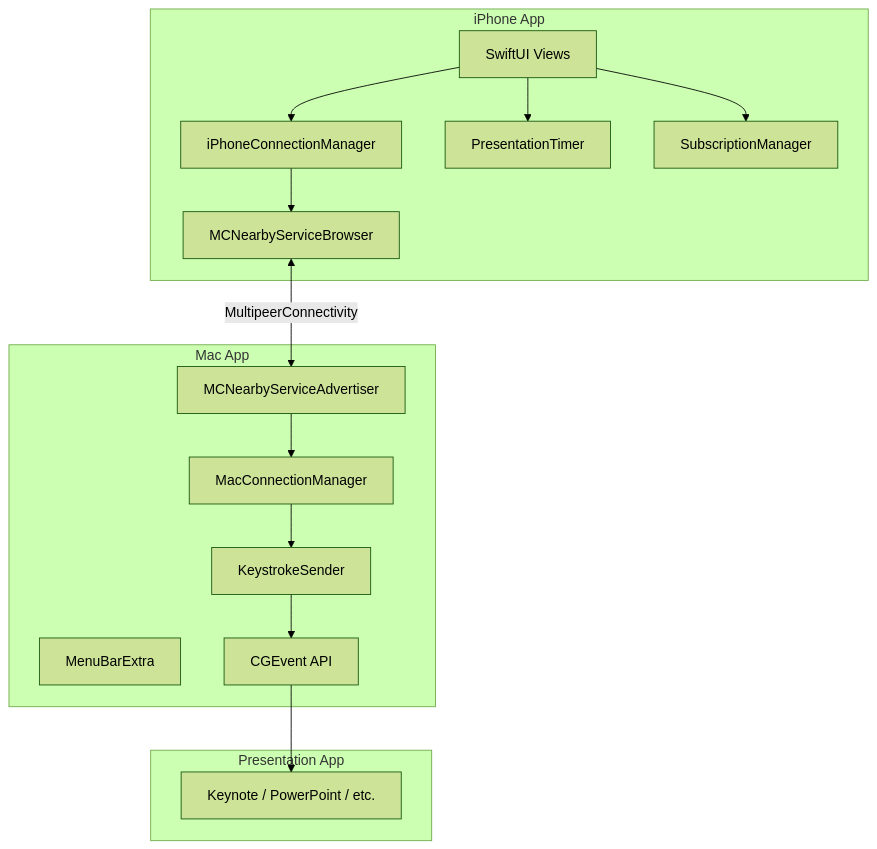
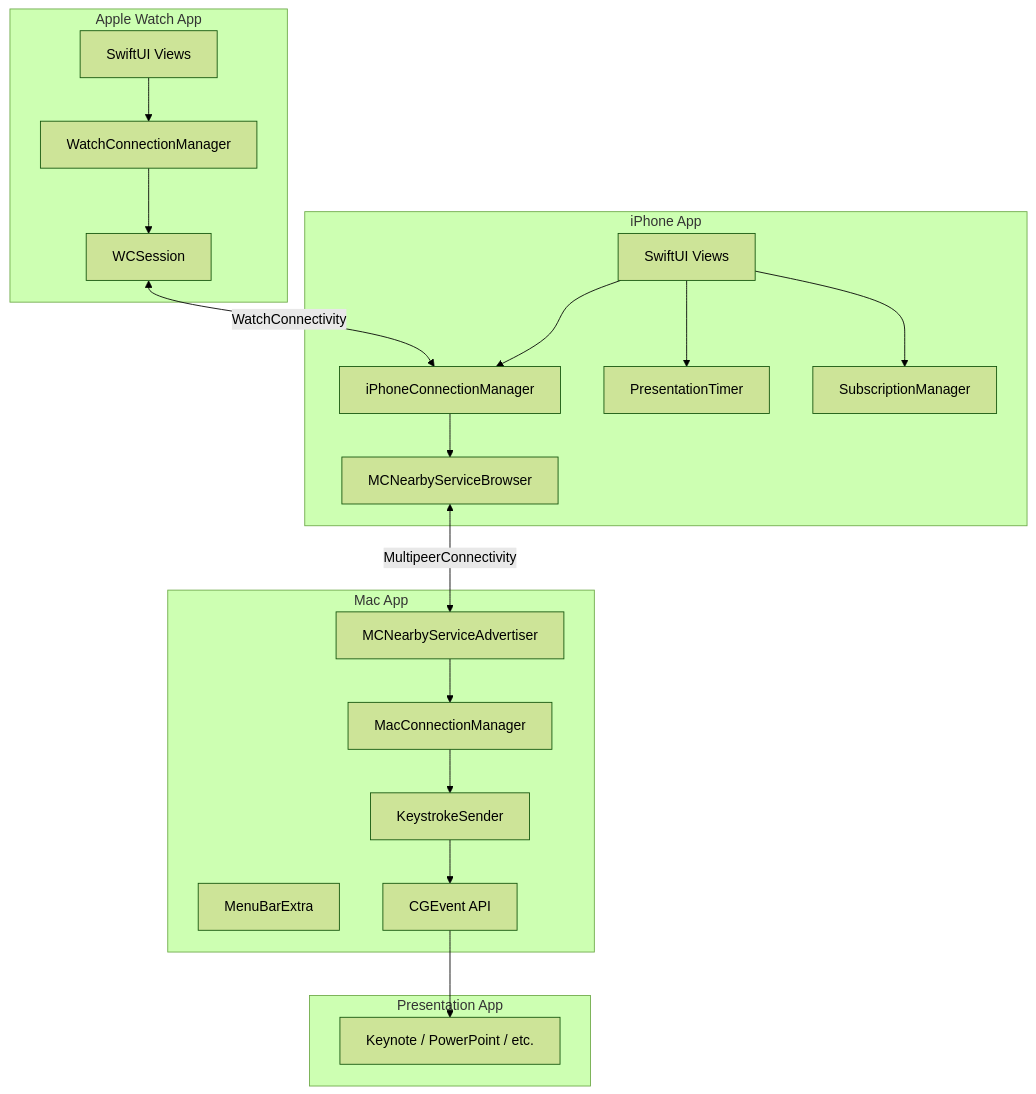
One commit to douinc/clicker changed the first of 4 diagrams in docs/development/architecture.md. Above: the diagram before and after it, drawn with Mermaid (forest theme). The commit also changed other lines of this file and 9 other files, not shown here.

````diff
--- a/docs/development/architecture.md
+++ b/docs/development/architecture.md
@@ -10,32 +11,41 @@
 ```mermaid
 flowchart TB
+    subgraph Watch["Apple Watch App"]
+        WUI[SwiftUI Views]
+        WCM[WatchConnectionManager]
+        WCS[WCSession]
+    end
+
     subgraph iPhone["iPhone App"]
         UI[SwiftUI Views]
         ICM[iPhoneConnectionManager]
         Browser[MCNearbyServiceBrowser]
         Timer[PresentationTimer]
         Sub[SubscriptionManager]
     end
 
     subgraph Mac["Mac App"]
         MenuBar[MenuBarExtra]
         MCM[MacConnectionManager]
         Advertiser[MCNearbyServiceAdvertiser]
         KS[KeystrokeSender]
         CGE[CGEvent API]
     end
 
     subgraph Target["Presentation App"]
         Keynote[Keynote / PowerPoint / etc.]
     end
 
+    WUI --> WCM
+    WCM --> WCS
+    WCS <-->|WatchConnectivity| ICM
     UI --> ICM
     UI --> Timer
     UI --> Sub
     ICM --> Browser
     Browser <-->|MultipeerConnectivity| Advertiser
     Advertiser --> MCM
     MCM --> KS
     KS --> CGE
     CGE --> Keynote
 ```
````
